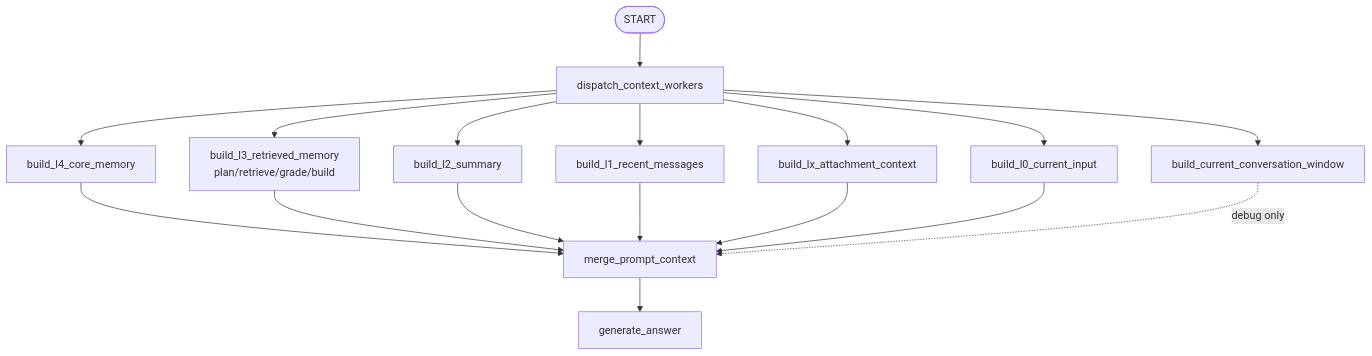
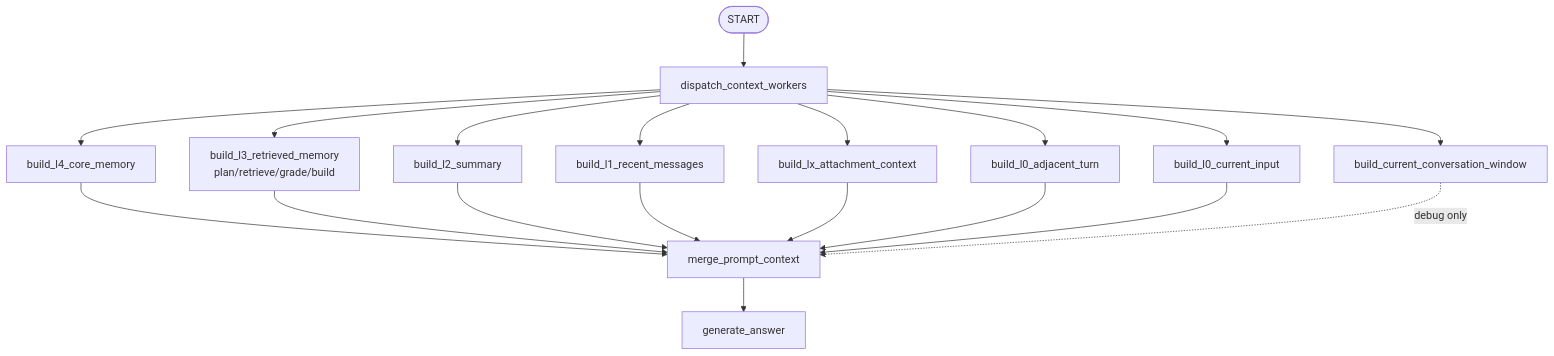
One commit to LiuJiaxuan1024/AiMemo changed the second of 2 diagrams in docs/agent/context-pyramid.md. Above: the diagram before and after it, drawn with Mermaid. The commit also changed other lines of this file and 49 other files, not shown here.

````diff
--- a/docs/agent/context-pyramid.md
+++ b/docs/agent/context-pyramid.md
@@ -107,20 +117,22 @@
 ```mermaid
 flowchart TD
     Start([START]) --> Dispatch[dispatch_context_workers]
     Dispatch --> L4Worker[build_l4_core_memory]
     Dispatch --> L3Worker[build_l3_retrieved_memory<br/>plan/retrieve/grade/build]
     Dispatch --> L2Worker[build_l2_summary]
     Dispatch --> L1Worker[build_l1_recent_messages]
     Dispatch --> LXWorker[build_lx_attachment_context]
+    Dispatch --> L05Worker[build_l0_adjacent_turn]
     Dispatch --> L0Worker[build_l0_current_input]
     Dispatch --> WindowWorker[build_current_conversation_window]
 
     L4Worker --> Merge[merge_prompt_context]
     L3Worker --> Merge
     L2Worker --> Merge
     L1Worker --> Merge
     LXWorker --> Merge
+    L05Worker --> Merge
     L0Worker --> Merge
     WindowWorker -. debug only .-> Merge
     Merge --> Generate[generate_answer]
 ```
````
